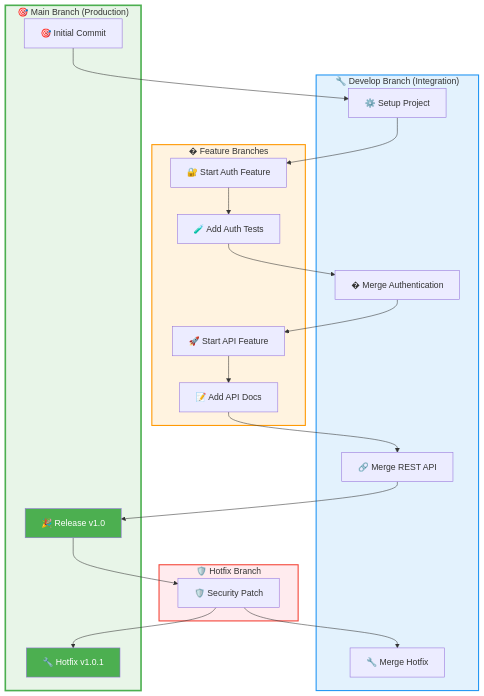
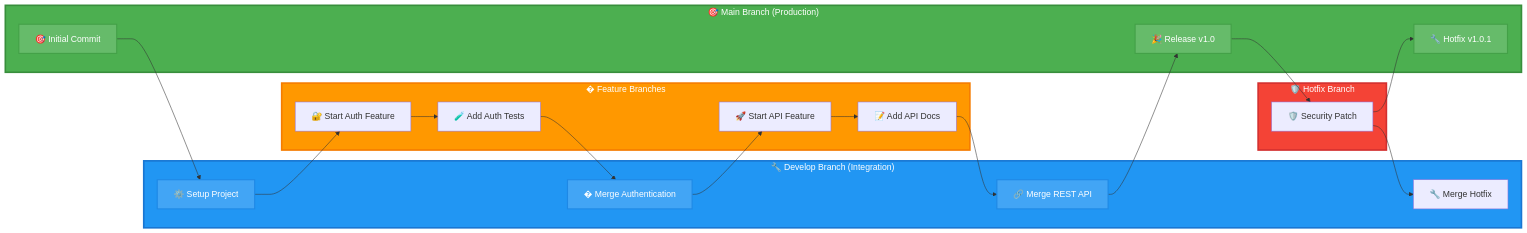
The third of 4 diagrams in docs/chapter-04-git.md (Alex-0293/TopWebStack), drawn with Mermaid before and after one commit. The commit also changed other lines of this file, not shown here.

````diff
--- a/docs/chapter-04-git.md
+++ b/docs/chapter-04-git.md
@@ -462,49 +462,53 @@
 ```mermaid
-    graph TB
+graph LR
     subgraph main_branch["🎯 Main Branch (Production)"]
         initial["🎯 Initial Commit"]
         v1_0["🎉 Release v1.0"]
         v1_0_1["🔧 Hotfix v1.0.1"]
     end
     
     subgraph develop_branch["🔧 Develop Branch (Integration)"]
         setup["⚙️ Setup Project"]
         merge_auth["� Merge Authentication"]
         merge_api["🔗 Merge REST API"]
         merge_hotfix["🔧 Merge Hotfix"]
     end
     
     subgraph feature_branches["� Feature Branches"]
         auth_start["🔐 Start Auth Feature"]
         auth_tests["🧪 Add Auth Tests"]
         api_start["🚀 Start API Feature"]
         api_docs["📝 Add API Docs"]
     end
     
     subgraph hotfix_branch["🛡️ Hotfix Branch"]
         security_fix["🛡️ Security Patch"]
     end
     
     initial --> setup
     setup --> auth_start
     auth_start --> auth_tests
     auth_tests --> merge_auth
     
     merge_auth --> api_start
     api_start --> api_docs
     api_docs --> merge_api
     
     merge_api --> v1_0
     
     v1_0 --> security_fix
     security_fix --> v1_0_1
     security_fix --> merge_hotfix
     
-    style main_branch fill:#e8f5e8,stroke:#4caf50,stroke-width:3px
-    style develop_branch fill:#e3f2fd,stroke:#2196f3,stroke-width:2px
-    style feature_branches fill:#fff3e0,stroke:#ff9800,stroke-width:2px
-    style hotfix_branch fill:#ffebee,stroke:#f44336,stroke-width:2px
+    style main_branch fill:#4CAF50,stroke:#388E3C,stroke-width:3px,color:#fff
+    style develop_branch fill:#2196F3,stroke:#1976D2,stroke-width:3px,color:#fff
+    style feature_branches fill:#FF9800,stroke:#F57C00,stroke-width:3px,color:#fff
+    style hotfix_branch fill:#F44336,stroke:#D32F2F,stroke-width:3px,color:#fff
     
-    style v1_0 fill:#4caf50,color:#fff
-    style v1_0_1 fill:#4caf50,color:#fff
+    style initial fill:#66BB6A,stroke:#43A047,stroke-width:2px,color:#fff
+    style v1_0 fill:#66BB6A,stroke:#43A047,stroke-width:2px,color:#fff
+    style v1_0_1 fill:#66BB6A,stroke:#43A047,stroke-width:2px,color:#fff
+    style setup fill:#42A5F5,stroke:#1E88E5,stroke-width:2px,color:#fff
+    style merge_auth fill:#42A5F5,stroke:#1E88E5,stroke-width:2px,color:#fff
+    style merge_api fill:#42A5F5,stroke:#1E88E5,stroke-width:2px,color:#fff
 ```
````
